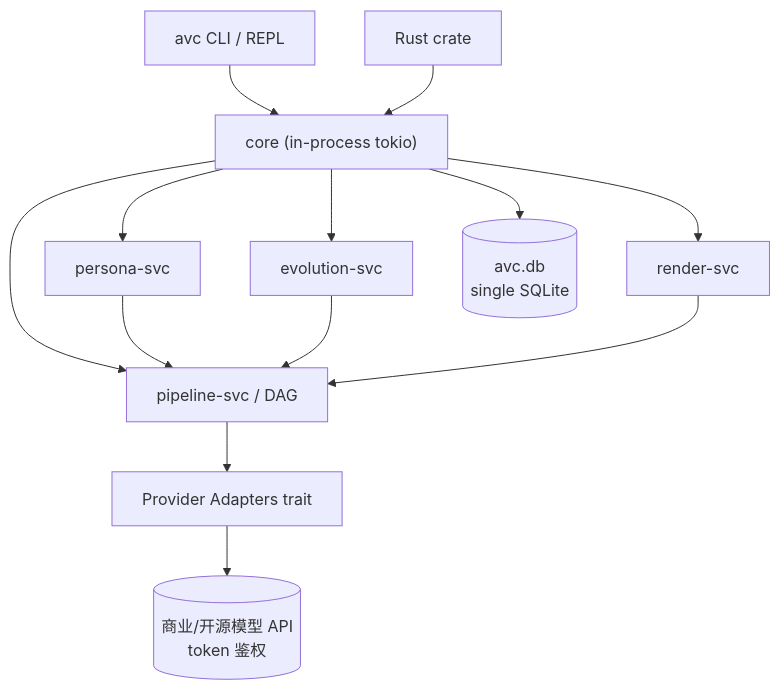
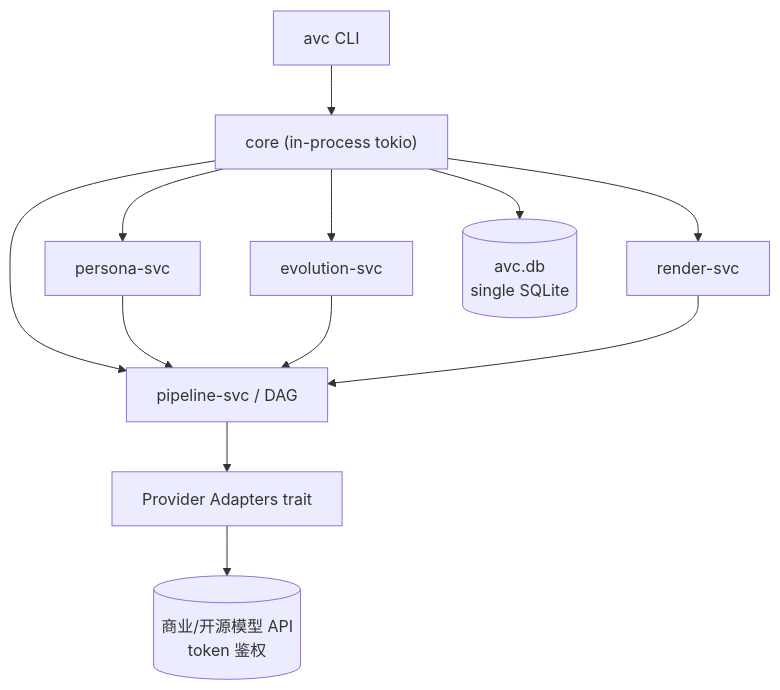
The first of 3 diagrams in docs/architecture.md (growdu/avcore), drawn with Mermaid before and after one commit. The commit also changed other lines of this file and 3 other files, not shown here.

````diff
--- a/docs/architecture.md
+++ b/docs/architecture.md
@@ -9,18 +9,16 @@
 ```mermaid
 flowchart TB
-    CLI["avc CLI / REPL"]
-    REPL["Rust crate"]
+    CLI["avc CLI"]
     CLI --> CORE
-    REPL --> CORE
     CORE["core (in-process tokio)"]
     CORE --> PS[persona-svc]
     CORE --> ES[evolution-svc]
     CORE --> RS[render-svc]
     CORE --> PL[pipeline-svc / DAG]
     PS --> PL
     ES --> PL
     RS --> PL
     PL --> PR[Provider Adapters trait]
     PR --> API[(商业/开源模型 API<br/>token 鉴权)]
     CORE --> DB[(avc.db<br/>single SQLite)]
 ```
````
